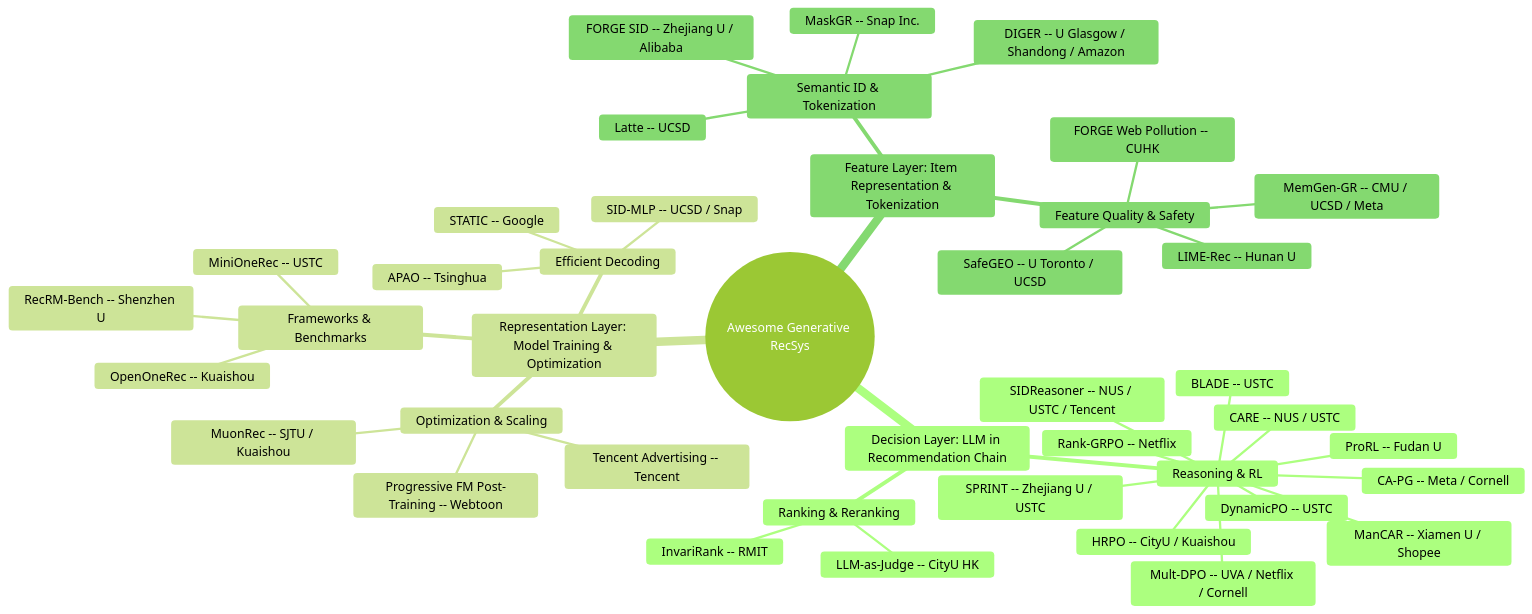
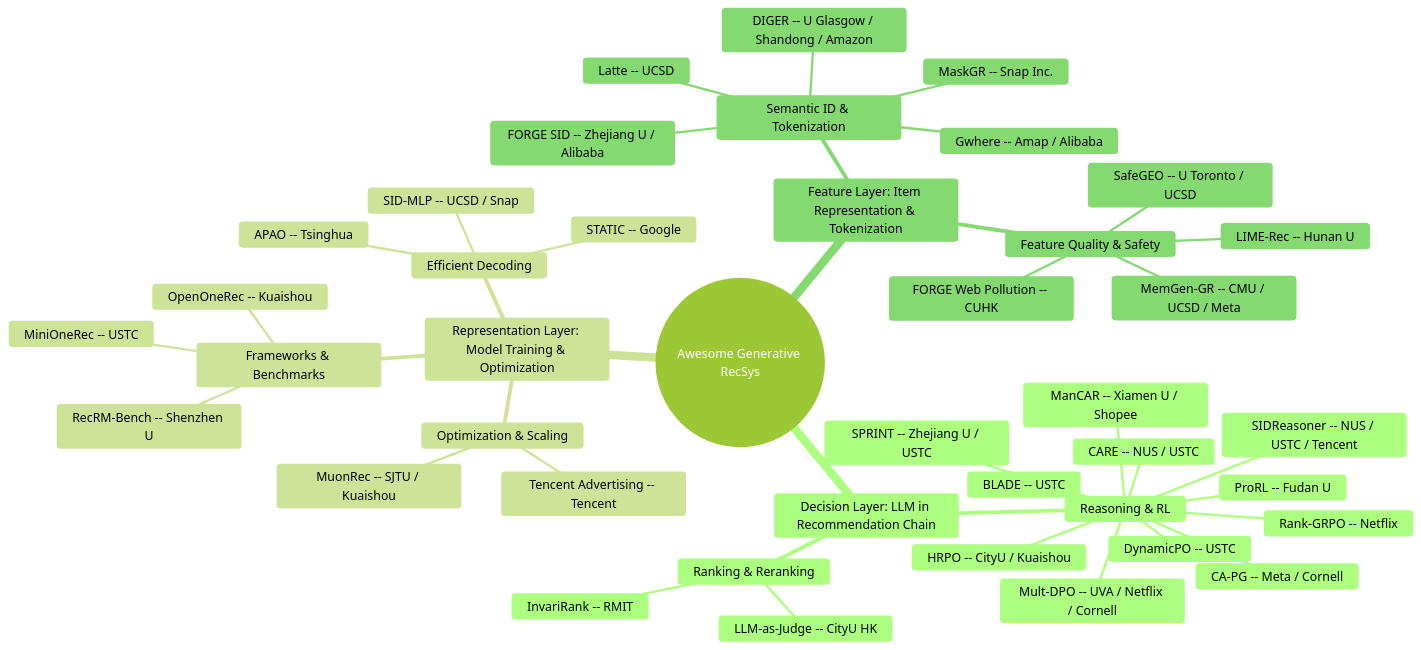
The diagram in README.md (HaFred/awesome-generative-recsys), drawn with Mermaid (forest theme) before and after one commit. The commit also changed other lines of this file and 3 other files, not shown here.

````diff
--- a/README.md
+++ b/README.md
@@ -28,44 +28,44 @@
 ```mermaid
 mindmap
   root((Awesome Generative RecSys))
     Decision Layer: LLM in Recommendation Chain
       Reasoning & RL
         Rank-GRPO -- Netflix
         DynamicPO -- USTC
         BLADE -- USTC
         SPRINT -- Zhejiang U / USTC
         CARE -- NUS / USTC
         HRPO -- CityU / Kuaishou
         Mult-DPO -- UVA / Netflix / Cornell
         CA-PG -- Meta / Cornell
         ProRL -- Fudan U
         ManCAR -- Xiamen U / Shopee
         SIDReasoner -- NUS / USTC / Tencent
       Ranking & Reranking
         InvariRank -- RMIT
         LLM-as-Judge -- CityU HK
     Representation Layer: Model Training & Optimization
       Frameworks & Benchmarks
         MiniOneRec -- USTC
         OpenOneRec -- Kuaishou
         RecRM-Bench -- Shenzhen U
       Efficient Decoding
         STATIC -- Google
         APAO -- Tsinghua
         SID-MLP -- UCSD / Snap
       Optimization & Scaling
         MuonRec -- SJTU / Kuaishou
         Tencent Advertising -- Tencent
-        Progressive FM Post-Training -- Webtoon
     Feature Layer: Item Representation & Tokenization
       Semantic ID & Tokenization
         Latte -- UCSD
         FORGE SID -- Zhejiang U / Alibaba
         DIGER -- U Glasgow / Shandong / Amazon
         MaskGR -- Snap Inc.
+        Gwhere -- Amap / Alibaba
       Feature Quality & Safety
         SafeGEO -- U Toronto / UCSD
         MemGen-GR -- CMU / UCSD / Meta
         FORGE Web Pollution -- CUHK
         LIME-Rec -- Hunan U
 ```
````
